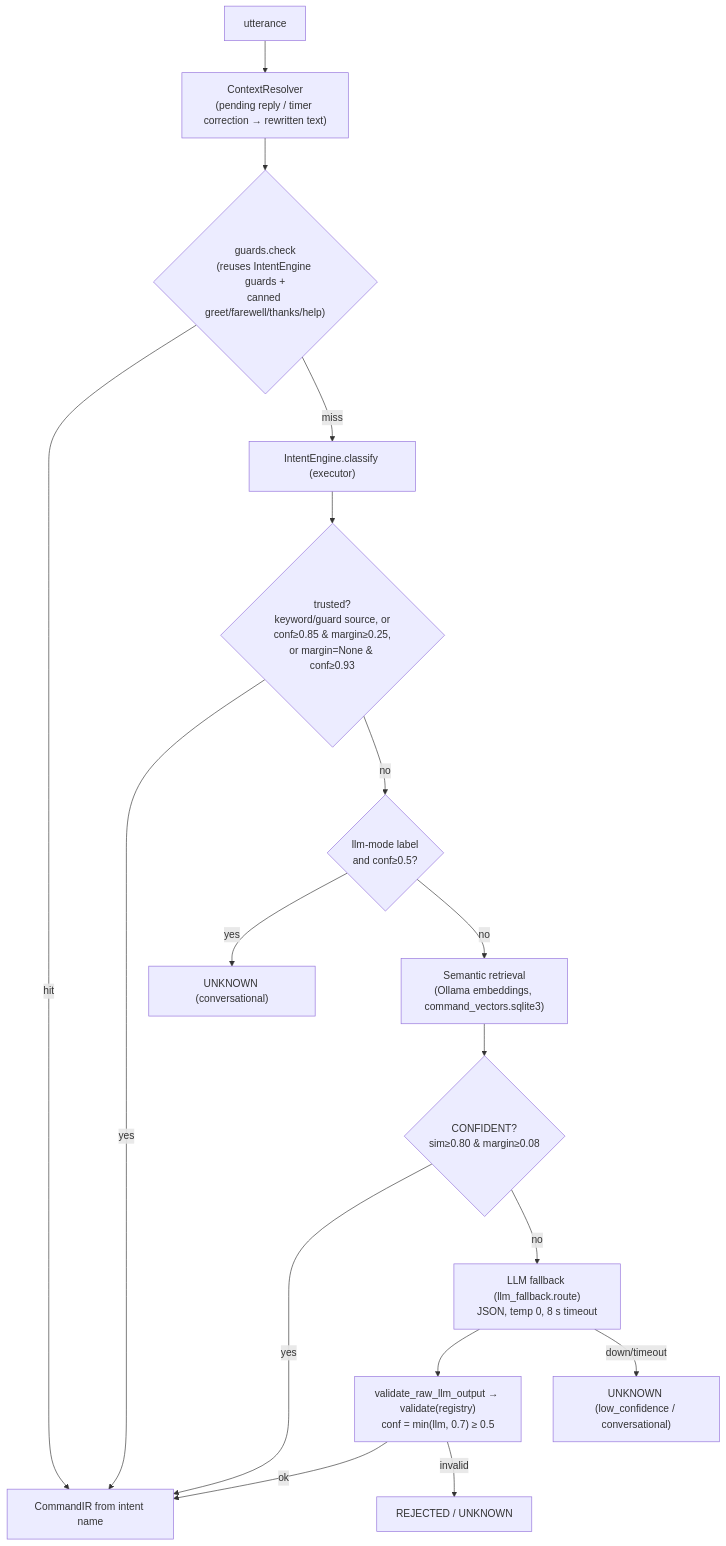
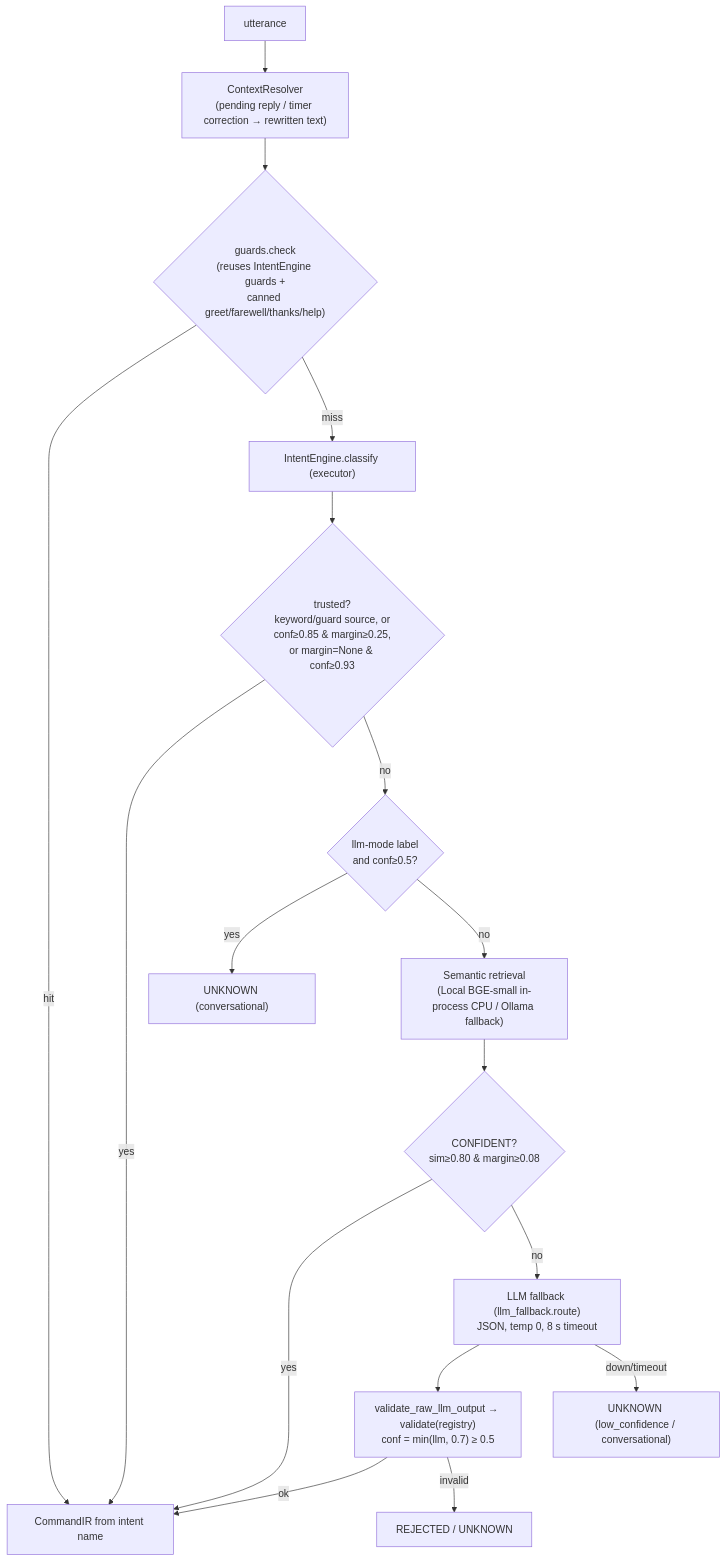
Before and after one commit to gitphilosopher/MayaVE: the second of 2 diagrams in docs/architecture.md, drawn with Mermaid. The commit also changed other lines of this file and 16 other files, not shown here.

````diff
--- a/docs/architecture.md
+++ b/docs/architecture.md
@@ -152,19 +152,19 @@
 ```mermaid
 flowchart TD
     T["utterance"] --> C["ContextResolver\n(pending reply / timer correction → rewritten text)"]
     C --> G{"guards.check\n(reuses IntentEngine guards +\ncanned greet/farewell/thanks/help)"}
     G -- hit --> IR1["CommandIR from intent name"]
     G -- miss --> CL["IntentEngine.classify (executor)"]
     CL --> TR{"trusted?\nkeyword/guard source, or\nconf≥0.85 & margin≥0.25,\nor margin=None & conf≥0.93"}
     TR -- yes --> IR1
     TR -- no --> CV{"llm-mode label\nand conf≥0.5?"}
     CV -- yes --> UNK1["UNKNOWN (conversational)"]
-    CV -- no --> SEM["Semantic retrieval\n(Ollama embeddings, command_vectors.sqlite3)"]
+    CV -- no --> SEM["Semantic retrieval\n(Local BGE-small in-process CPU / Ollama fallback)"]
     SEM --> SC{"CONFIDENT?\nsim≥0.80 & margin≥0.08"}
     SC -- yes --> IR1
     SC -- no --> LF["LLM fallback (llm_fallback.route)\nJSON, temp 0, 8 s timeout"]
     LF --> V["validate_raw_llm_output → validate(registry)\nconf = min(llm, 0.7) ≥ 0.5"]
     V -- ok --> IR1
     V -- invalid --> REJ["REJECTED / UNKNOWN"]
     LF -- down/timeout --> UNK2["UNKNOWN (low_confidence / conversational)"]
 ```
````
